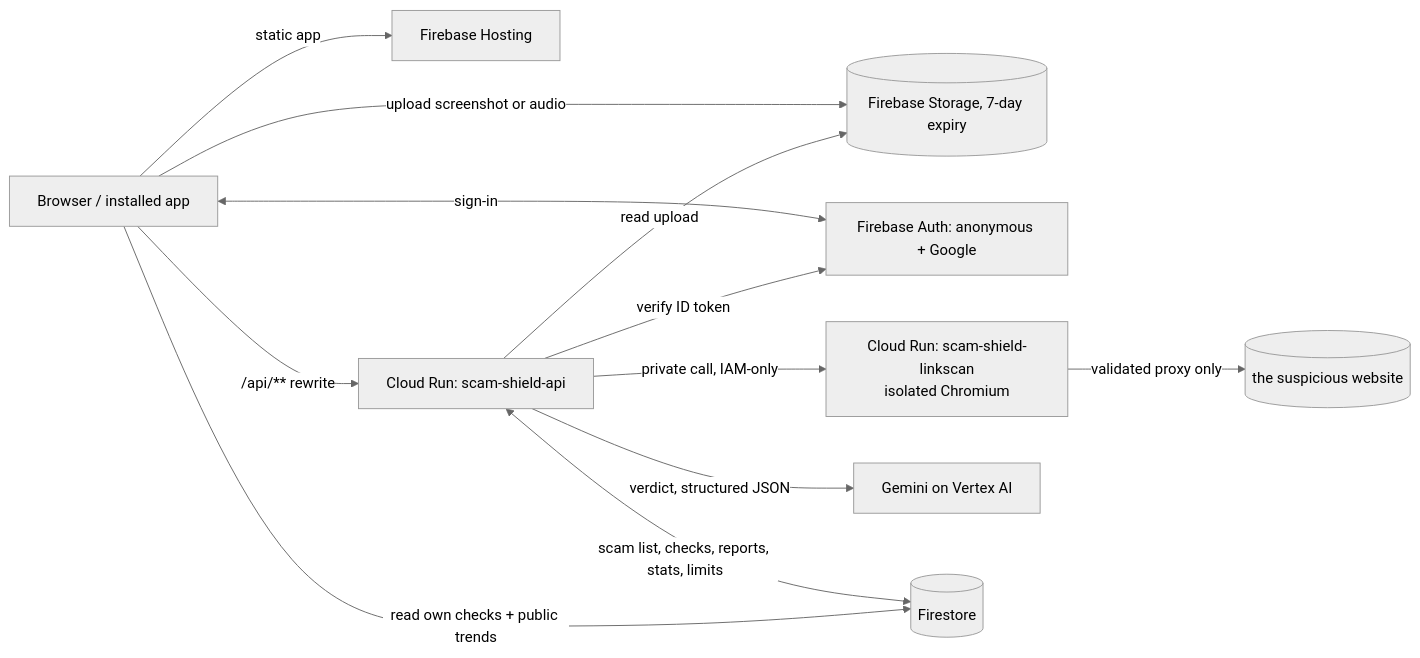
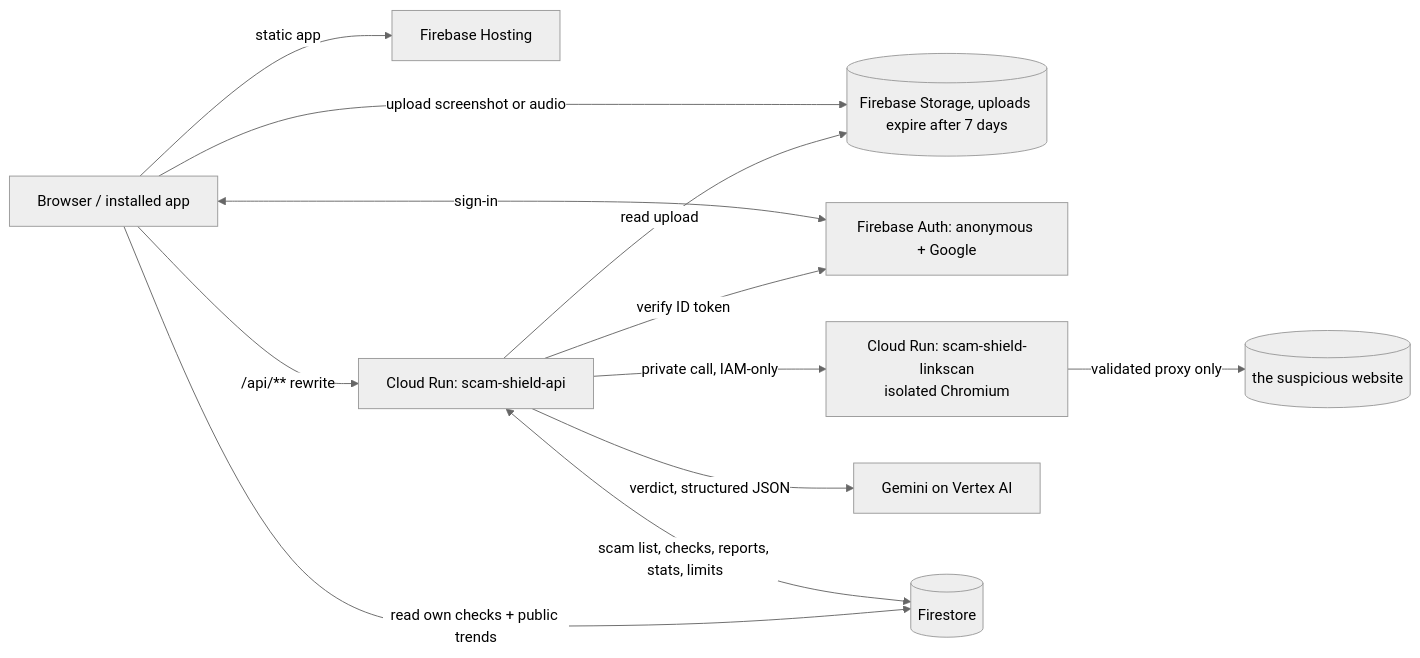
The diagram in README.md (Namans12/scam-shield), drawn with Mermaid (neutral theme) before and after one commit. The commit also changed other lines of this file and 1 other file, not shown here.

Commit message:
docs: README privacy, storage and evaluation statements corrected; description wording

````diff
--- a/README.md
+++ b/README.md
@@ -40,14 +40,14 @@
 ```mermaid
 flowchart LR
   U[Browser / installed app] -->|static app| H[Firebase Hosting]
   U -->|/api/** rewrite| A[Cloud Run: scam-shield-api]
-  U -->|upload screenshot or audio| S[(Firebase Storage, 7-day expiry)]
+  U -->|upload screenshot or audio| S[(Firebase Storage, uploads expire after 7 days)]
   U <-->|sign-in| F[Firebase Auth: anonymous + Google]
   A -->|verify ID token| F
   A -->|read upload| S
   A -->|private call, IAM-only| L[Cloud Run: scam-shield-linkscan<br/>isolated Chromium]
   A -->|verdict, structured JSON| G[Gemini on Vertex AI]
   A <-->|scam list, checks, reports, stats, limits| D[(Firestore)]
   U -->|read own checks + public trends| D
   L -->|validated proxy only| W[(the suspicious website)]
 ```
````
